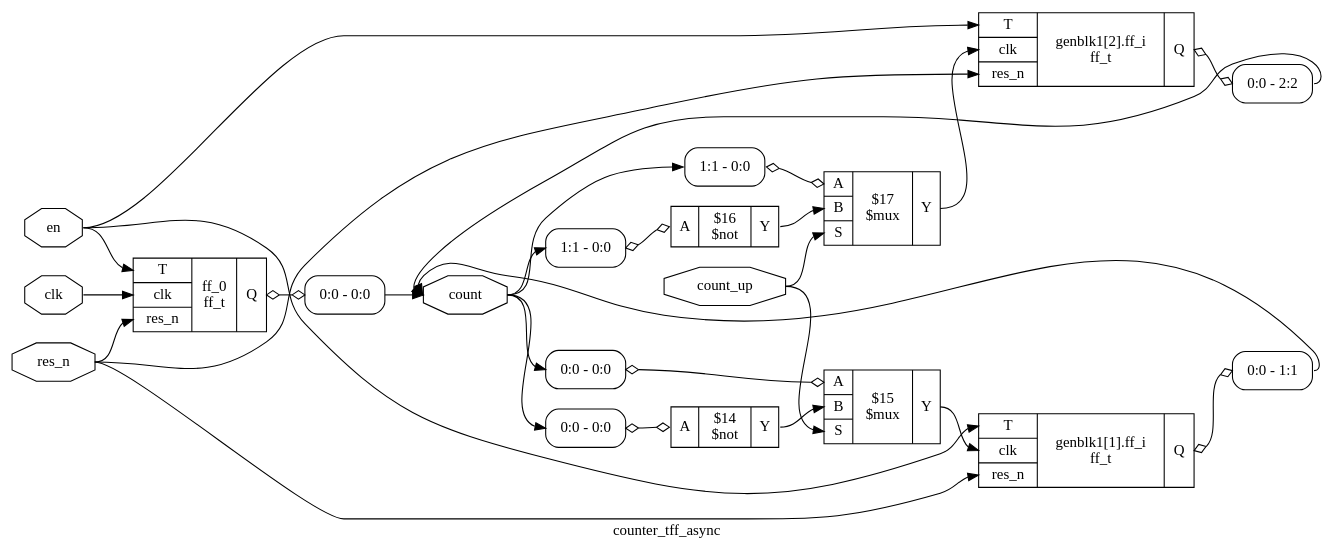
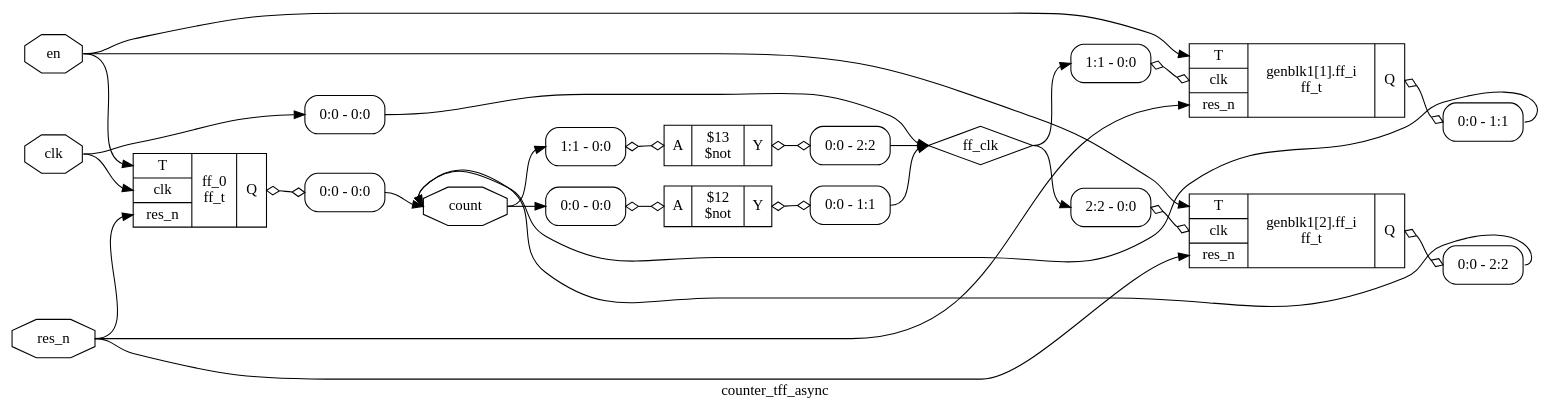
The diagram in synth/counter_tff_async.dot (ulmitov/verilog), drawn with Graphviz before and after one commit. The commit also changed 17 other files, not shown here.

```diff
--- a/synth/counter_tff_async.dot
+++ b/synth/counter_tff_async.dot
@@ -1,51 +1,52 @@
 digraph "counter_tff_async" {
 label="counter_tff_async";
 rankdir="LR";
 remincross=true;
-n5 [ shape=octagon, label="clk", color="black", fontcolor="black"];
-n6 [ shape=octagon, label="count", color="black", fontcolor="black"];
-n7 [ shape=octagon, label="count_up", color="black", fontcolor="black"];
-n8 [ shape=octagon, label="en", color="black", fontcolor="black"];
-n9 [ shape=octagon, label="res_n", color="black", fontcolor="black"];
-c12 [ shape=record, label="{{<p10> A}|$14\n$not|{<p11> Y}}",  ];
+n1 [ shape=octagon, label="clk", color="black", fontcolor="black"];
+n2 [ shape=octagon, label="count", color="black", fontcolor="black"];
+n3 [ shape=octagon, label="en", color="black", fontcolor="black"];
+n4 [ shape=diamond, label="ff_clk", color="black", fontcolor="black"];
+n5 [ shape=octagon, label="res_n", color="black", fontcolor="black"];
+c8 [ shape=record, label="{{<p6> A}|$12\n$not|{<p7> Y}}",  ];
 x0 [ shape=record, style=rounded, label="<s0> 0:0 - 0:0 ", color="black", fontcolor="black" ];
-x0:e -> c12:p10:w [arrowhead=odiamond, arrowtail=odiamond, dir=both, color="black", fontcolor="black", label=""];
-c13 [ shape=record, label="{{<p10> A}|$16\n$not|{<p11> Y}}",  ];
-x1 [ shape=record, style=rounded, label="<s0> 1:1 - 0:0 ", color="black", fontcolor="black" ];
-x1:e -> c13:p10:w [arrowhead=odiamond, arrowtail=odiamond, dir=both, color="black", fontcolor="black", label=""];
-c16 [ shape=record, label="{{<p10> A|<p14> B|<p15> S}|$15\n$mux|{<p11> Y}}",  ];
-x2 [ shape=record, style=rounded, label="<s0> 0:0 - 0:0 ", color="black", fontcolor="black" ];
-x2:e -> c16:p10:w [arrowhead=odiamond, arrowtail=odiamond, dir=both, color="black", fontcolor="black", label=""];
-c17 [ shape=record, label="{{<p10> A|<p14> B|<p15> S}|$17\n$mux|{<p11> Y}}",  ];
-x3 [ shape=record, style=rounded, label="<s0> 1:1 - 0:0 ", color="black", fontcolor="black" ];
-x3:e -> c17:p10:w [arrowhead=odiamond, arrowtail=odiamond, dir=both, color="black", fontcolor="black", label=""];
-c20 [ shape=record, label="{{<p18> T|<p5> clk|<p9> res_n}|ff_0\nff_t|{<p19> Q}}",  ];
+x0:e -> c8:p6:w [arrowhead=odiamond, arrowtail=odiamond, dir=both, color="black", fontcolor="black", label=""];
+x1 [ shape=record, style=rounded, label="<s0> 0:0 - 1:1 ", color="black", fontcolor="black" ];
+c8:p7:e -> x1:w [arrowhead=odiamond, arrowtail=odiamond, dir=both, color="black", fontcolor="black", label=""];
+c9 [ shape=record, label="{{<p6> A}|$13\n$not|{<p7> Y}}",  ];
+x2 [ shape=record, style=rounded, label="<s0> 1:1 - 0:0 ", color="black", fontcolor="black" ];
+x2:e -> c9:p6:w [arrowhead=odiamond, arrowtail=odiamond, dir=both, color="black", fontcolor="black", label=""];
+x3 [ shape=record, style=rounded, label="<s0> 0:0 - 2:2 ", color="black", fontcolor="black" ];
+c9:p7:e -> x3:w [arrowhead=odiamond, arrowtail=odiamond, dir=both, color="black", fontcolor="black", label=""];
+c12 [ shape=record, label="{{<p10> T|<p1> clk|<p5> res_n}|ff_0\nff_t|{<p11> Q}}",  ];
 x4 [ shape=record, style=rounded, label="<s0> 0:0 - 0:0 ", color="black", fontcolor="black" ];
-c20:p19:e -> x4:w [arrowhead=odiamond, arrowtail=odiamond, dir=both, color="black", fontcolor="black", label=""];
-c21 [ shape=record, label="{{<p18> T|<p5> clk|<p9> res_n}|genblk1[1].ff_i\nff_t|{<p19> Q}}",  ];
+c12:p11:e -> x4:w [arrowhead=odiamond, arrowtail=odiamond, dir=both, color="black", fontcolor="black", label=""];
+c13 [ shape=record, label="{{<p10> T|<p1> clk|<p5> res_n}|genblk1[1].ff_i\nff_t|{<p11> Q}}",  ];
 x5 [ shape=record, style=rounded, label="<s0> 0:0 - 1:1 ", color="black", fontcolor="black" ];
-c21:p19:e -> x5:w [arrowhead=odiamond, arrowtail=odiamond, dir=both, color="black", fontcolor="black", label=""];
-c22 [ shape=record, label="{{<p18> T|<p5> clk|<p9> res_n}|genblk1[2].ff_i\nff_t|{<p19> Q}}",  ];
-x6 [ shape=record, style=rounded, label="<s0> 0:0 - 2:2 ", color="black", fontcolor="black" ];
-c22:p19:e -> x6:w [arrowhead=odiamond, arrowtail=odiamond, dir=both, color="black", fontcolor="black", label=""];
-c12:p11:e -> c16:p14:w [color="black", fontcolor="black", label=""];
-c13:p11:e -> c17:p14:w [color="black", fontcolor="black", label=""];
-c16:p11:e -> c21:p5:w [color="black", fontcolor="black", label=""];
-c17:p11:e -> c22:p5:w [color="black", fontcolor="black", label=""];
-n5:e -> c20:p5:w [color="black", fontcolor="black", label=""];
-x4:s0:e -> n6:w [color="black", fontcolor="black", label=""];
-x5:s0:e -> n6:w [color="black", fontcolor="black", label=""];
-x6:s0:e -> n6:w [color="black", fontcolor="black", label=""];
-n6:e -> x0:s0:w [color="black", fontcolor="black", label=""];
-n6:e -> x1:s0:w [color="black", fontcolor="black", label=""];
-n6:e -> x2:s0:w [color="black", fontcolor="black", label=""];
-n6:e -> x3:s0:w [color="black", fontcolor="black", label=""];
-n7:e -> c16:p15:w [color="black", fontcolor="black", label=""];
-n7:e -> c17:p15:w [color="black", fontcolor="black", label=""];
-n8:e -> c20:p18:w [color="black", fontcolor="black", label=""];
-n8:e -> c21:p18:w [color="black", fontcolor="black", label=""];
-n8:e -> c22:p18:w [color="black", fontcolor="black", label=""];
-n9:e -> c20:p9:w [color="black", fontcolor="black", label=""];
-n9:e -> c21:p9:w [color="black", fontcolor="black", label=""];
-n9:e -> c22:p9:w [color="black", fontcolor="black", label=""];
+c13:p11:e -> x5:w [arrowhead=odiamond, arrowtail=odiamond, dir=both, color="black", fontcolor="black", label=""];
+x6 [ shape=record, style=rounded, label="<s0> 1:1 - 0:0 ", color="black", fontcolor="black" ];
+x6:e -> c13:p1:w [arrowhead=odiamond, arrowtail=odiamond, dir=both, color="black", fontcolor="black", label=""];
+c14 [ shape=record, label="{{<p10> T|<p1> clk|<p5> res_n}|genblk1[2].ff_i\nff_t|{<p11> Q}}",  ];
+x7 [ shape=record, style=rounded, label="<s0> 0:0 - 2:2 ", color="black", fontcolor="black" ];
+c14:p11:e -> x7:w [arrowhead=odiamond, arrowtail=odiamond, dir=both, color="black", fontcolor="black", label=""];
+x8 [ shape=record, style=rounded, label="<s0> 2:2 - 0:0 ", color="black", fontcolor="black" ];
+x8:e -> c14:p1:w [arrowhead=odiamond, arrowtail=odiamond, dir=both, color="black", fontcolor="black", label=""];
+x9 [ shape=record, style=rounded, label="<s0> 0:0 - 0:0 ", color="black", fontcolor="black" ];
+n1:e -> c12:p1:w [color="black", fontcolor="black", label=""];
+n1:e -> x9:w [color="black", fontcolor="black", label=""];
+x4:s0:e -> n2:w [color="black", fontcolor="black", label=""];
+x5:s0:e -> n2:w [color="black", fontcolor="black", label=""];
+x7:s0:e -> n2:w [color="black", fontcolor="black", label=""];
+n2:e -> x0:s0:w [color="black", fontcolor="black", label=""];
+n2:e -> x2:s0:w [color="black", fontcolor="black", label=""];
+n3:e -> c12:p10:w [color="black", fontcolor="black", label=""];
+n3:e -> c13:p10:w [color="black", fontcolor="black", label=""];
+n3:e -> c14:p10:w [color="black", fontcolor="black", label=""];
+x1:s0:e -> n4:w [color="black", fontcolor="black", label=""];
+x3:s0:e -> n4:w [color="black", fontcolor="black", label=""];
+x9:s0:e -> n4:w [color="black", fontcolor="black", label=""];
+n4:e -> x6:s0:w [color="black", fontcolor="black", label=""];
+n4:e -> x8:s0:w [color="black", fontcolor="black", label=""];
+n5:e -> c12:p5:w [color="black", fontcolor="black", label=""];
+n5:e -> c13:p5:w [color="black", fontcolor="black", label=""];
+n5:e -> c14:p5:w [color="black", fontcolor="black", label=""];
 }
```
